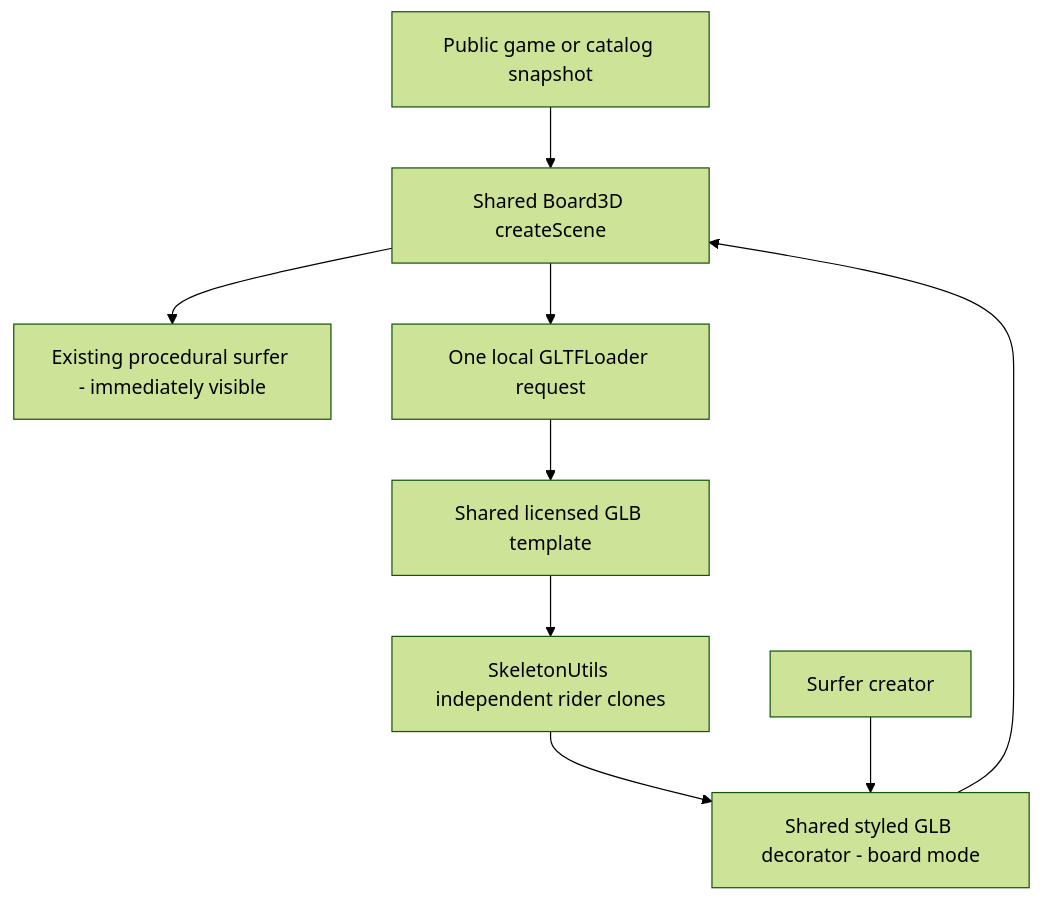
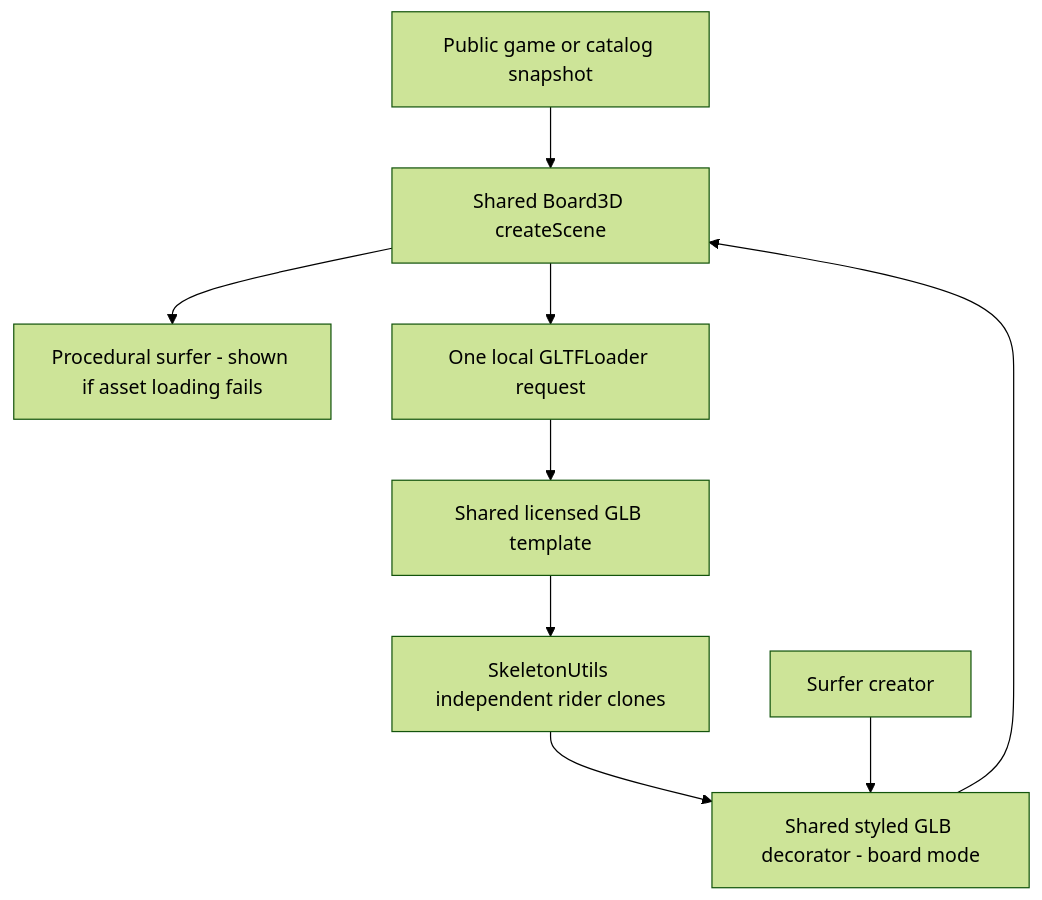
One commit to board-games-jf/surf-king-react changed the seventh of 10 diagrams in docs/ARCHITECTURE.md. Above: the diagram before and after it, drawn with Mermaid (forest theme). The commit also changed other lines of this file and 28 other files, not shown here.

````diff
--- a/docs/ARCHITECTURE.md
+++ b/docs/ARCHITECTURE.md
@@ -120,11 +120,11 @@
 ```mermaid
 flowchart TD
   Snapshot[Public game or catalog snapshot] --> Scene[Shared Board3D createScene]
-  Scene --> Fallback[Existing procedural surfer - immediately visible]
+  Scene --> Fallback[Procedural surfer - shown if asset loading fails]
   Scene --> Loader[One local GLTFLoader request]
   Loader --> Template[Shared licensed GLB template]
   Template --> Clone[SkeletonUtils independent rider clones]
   Clone --> Art[Shared styled GLB decorator - board mode]
   Art --> Scene
   Studio[Surfer creator] --> Art
 ```
````
